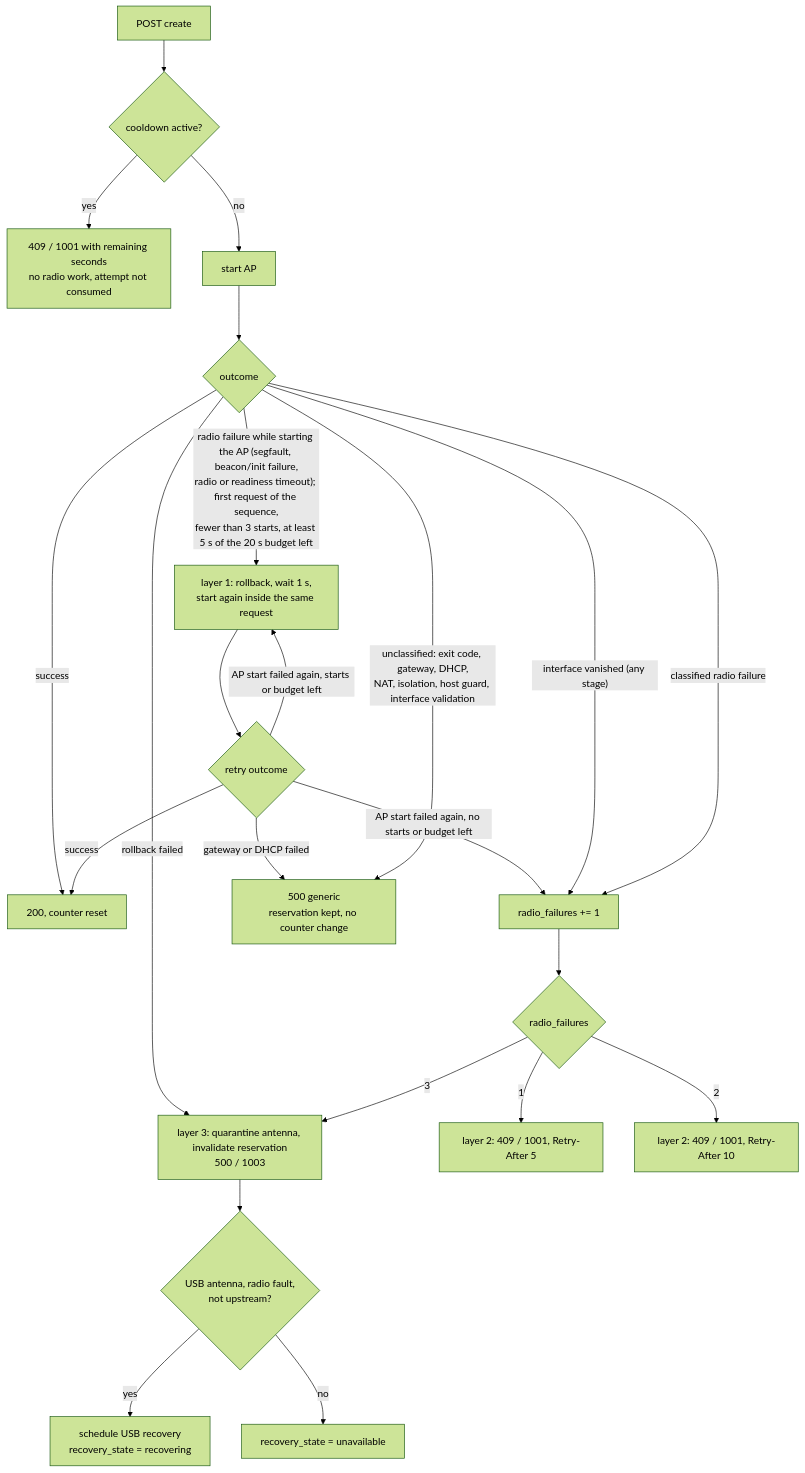
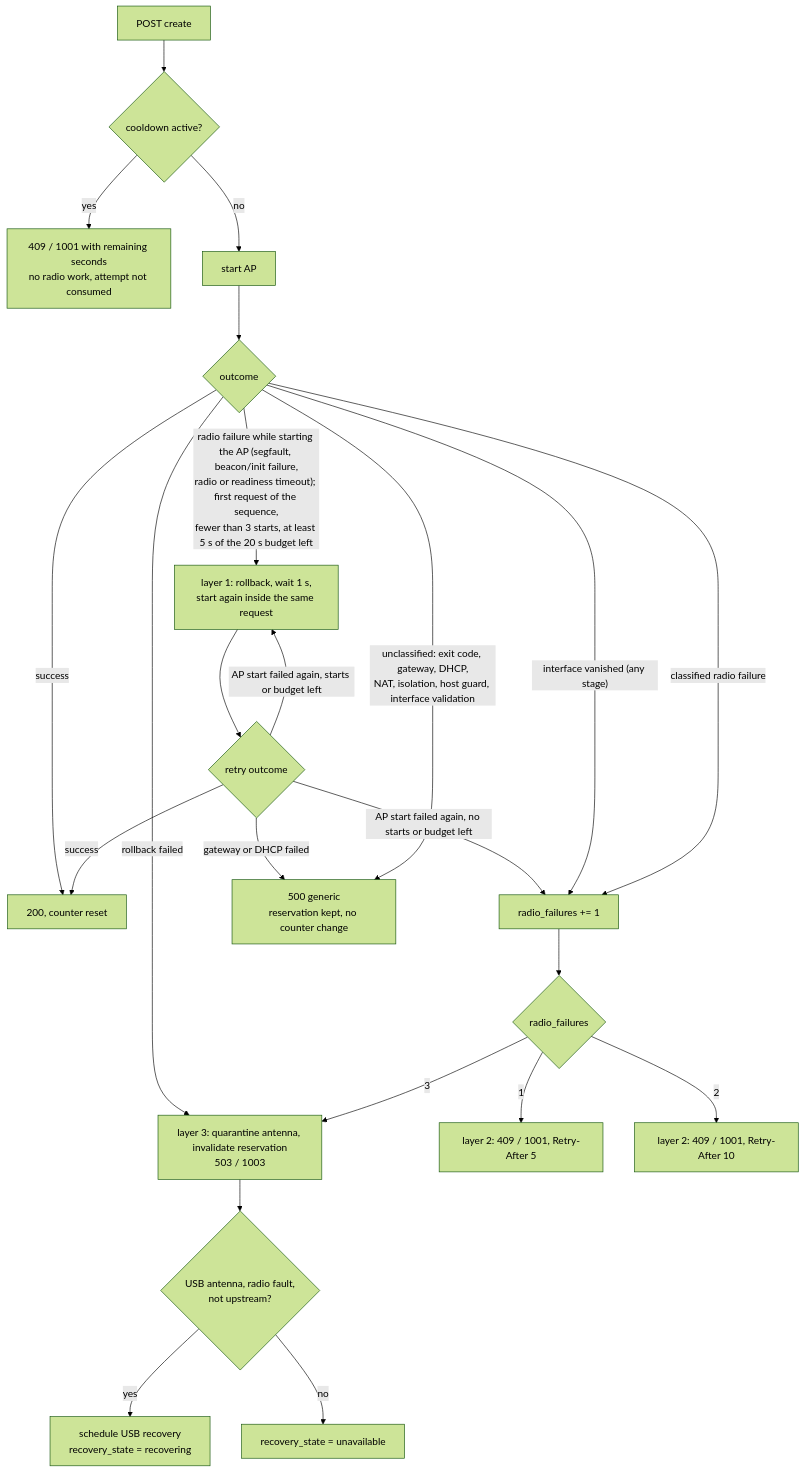
The tenth of 14 diagrams in docs/architecture.md (caporalesimone/wi-lab), drawn with Mermaid (forest theme) before and after one commit. The commit also changed 14 other files, not shown here.

````diff
--- a/docs/architecture.md
+++ b/docs/architecture.md
@@ -550,25 +550,25 @@
 ```mermaid
 flowchart TD
     S["POST create"] --> CD{"cooldown active?"}
     CD -->|yes| R0["409 / 1001 with remaining seconds<br/>no radio work, attempt not consumed"]
     CD -->|no| ST["start AP"]
     ST --> OUT{"outcome"}
     OUT -->|success| OK["200, counter reset"]
     OUT -->|"radio failure while starting the AP (segfault, beacon/init failure,<br/>radio or readiness timeout); first request of the sequence,<br/>fewer than 3 starts, at least 5 s of the 20 s budget left"| IR["layer 1: rollback, wait 1 s,<br/>start again inside the same request"]
     IR --> OUT2{"retry outcome"}
     OUT2 -->|success| OK
     OUT2 -->|"AP start failed again, starts or budget left"| IR
     OUT2 -->|"AP start failed again, no starts or budget left"| CL
     OUT2 -->|"gateway or DHCP failed"| G
     OUT -->|"unclassified: exit code, gateway, DHCP,<br/>NAT, isolation, host guard, interface validation"| G["500 generic<br/>reservation kept, no counter change"]
     OUT -->|"interface vanished (any stage)"| CL
     OUT -->|classified radio failure| CL["radio_failures += 1"]
     OUT -->|rollback failed| Q
     CL --> N{"radio_failures"}
     N -->|1| R5["layer 2: 409 / 1001, Retry-After 5"]
     N -->|2| R10["layer 2: 409 / 1001, Retry-After 10"]
-    N -->|3| Q["layer 3: quarantine antenna, invalidate reservation<br/>500 / 1003"]
+    N -->|3| Q["layer 3: quarantine antenna, invalidate reservation<br/>503 / 1003"]
     Q --> U{"USB antenna, radio fault,<br/>not upstream?"}
     U -->|yes| REC["schedule USB recovery<br/>recovery_state = recovering"]
     U -->|no| UN["recovery_state = unavailable"]
 ```
````
